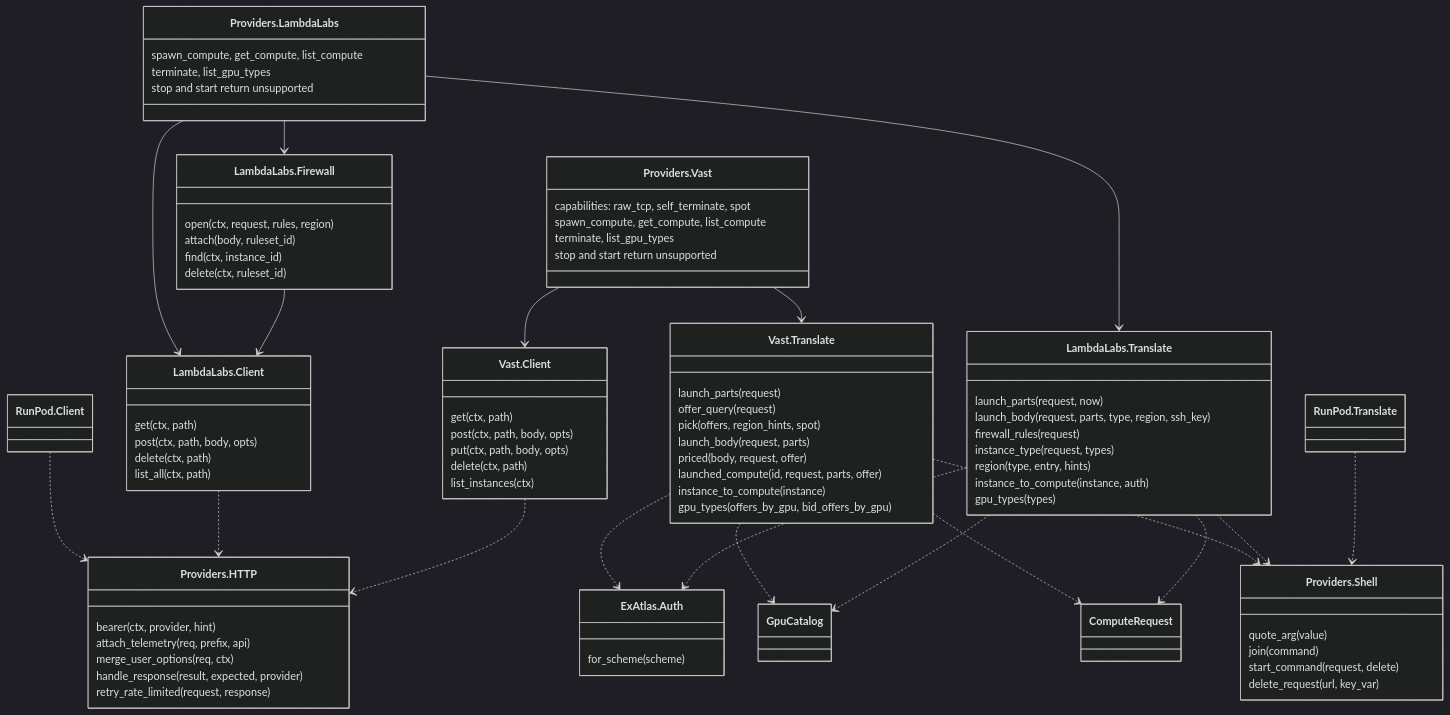
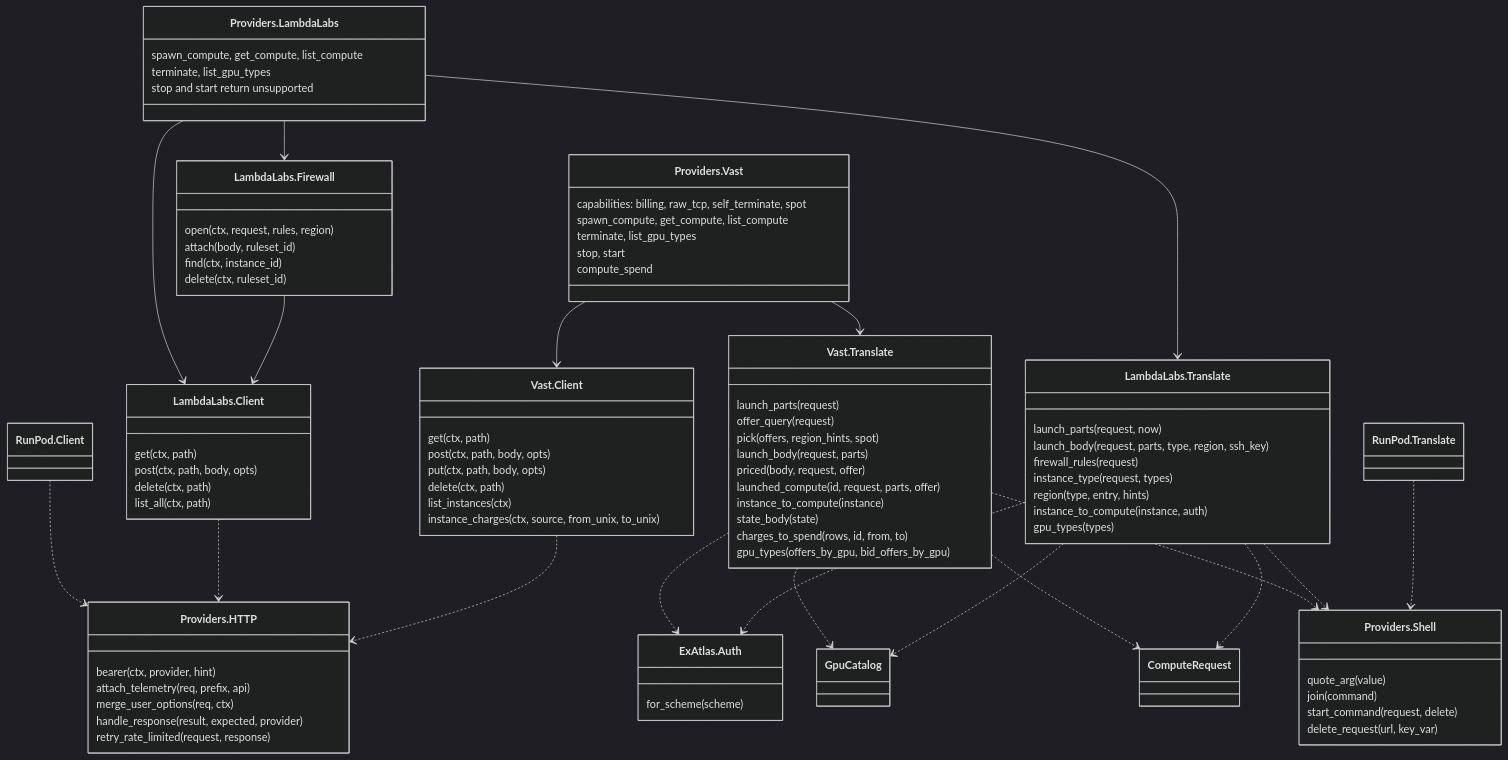
Before and after one commit to udin-io/ex_atlas: the tenth of 10 diagrams in docs/architecture.md, drawn with Mermaid (dark theme). The commit also changed other lines of this file and 15 other files, not shown here.

First line of the commit message:
Vast.ai: stop/2, start/2 and compute_spend/3 (slice 4) (#117)

```diff
--- a/docs/architecture.md
+++ b/docs/architecture.md
@@ -425,10 +446,11 @@
     delete_request(url, key_var)
   }
   class Vast["Providers.Vast"] {
-    capabilities: raw_tcp, self_terminate, spot
+    capabilities: billing, raw_tcp, self_terminate, spot
     spawn_compute, get_compute, list_compute
     terminate, list_gpu_types
-    stop and start return unsupported
+    stop, start
+    compute_spend
   }
   class VastClient["Vast.Client"] {
     get(ctx, path)
@@ -436,6 +458,7 @@
     put(ctx, path, body, opts)
     delete(ctx, path)
     list_instances(ctx)
+    instance_charges(ctx, source, from_unix, to_unix)
   }
   class VastTranslate["Vast.Translate"] {
     launch_parts(request)
@@ -445,6 +468,8 @@
     priced(body, request, offer)
     launched_compute(id, request, parts, offer)
     instance_to_compute(instance)
+    state_body(state)
+    charges_to_spend(rows, id, from, to)
     gpu_types(offers_by_gpu, bid_offers_by_gpu)
   }
   class RunPodTranslate["RunPod.Translate"]
```
